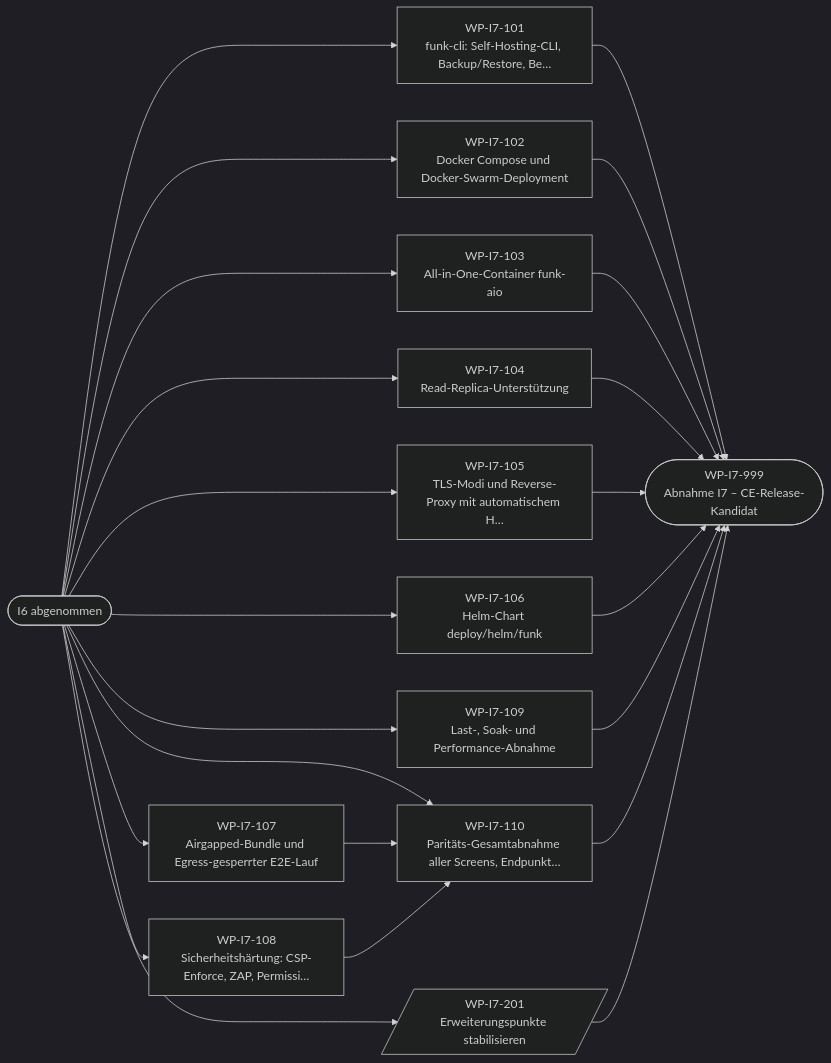
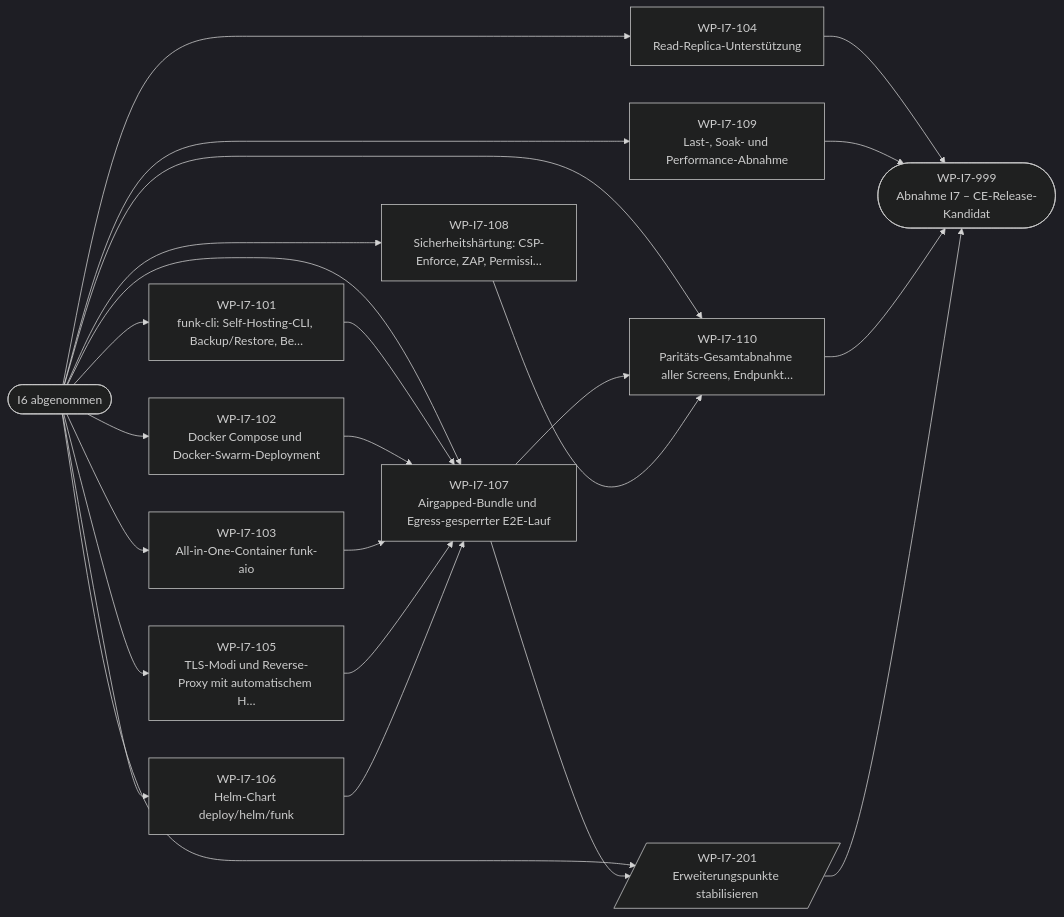
The tenth of 10 diagrams in migration/plan/01-roadmap-ce.md (mlwr/plane), drawn with Mermaid (dark theme) before and after one commit. The commit also changed other lines of this file and 11 other files, not shown here.

````diff
--- a/migration/plan/01-roadmap-ce.md
+++ b/migration/plan/01-roadmap-ce.md
@@ -746,38 +758,39 @@
 ```mermaid
 flowchart LR
   M6(["I6 abgenommen"])
   WP_I7_101["WP-I7-101<br/>funk-cli: Self-Hosting-CLI, Backup/Restore, Be…"]
   WP_I7_102["WP-I7-102<br/>Docker Compose und Docker-Swarm-Deployment"]
   WP_I7_103["WP-I7-103<br/>All-in-One-Container funk-aio"]
   WP_I7_104["WP-I7-104<br/>Read-Replica-Unterstützung"]
   WP_I7_105["WP-I7-105<br/>TLS-Modi und Reverse-Proxy mit automatischem H…"]
   WP_I7_106["WP-I7-106<br/>Helm-Chart deploy/helm/funk"]
   WP_I7_107["WP-I7-107<br/>Airgapped-Bundle und Egress-gesperrter E2E-Lauf"]
   WP_I7_108["WP-I7-108<br/>Sicherheitshärtung: CSP-Enforce, ZAP, Permissi…"]
   WP_I7_109["WP-I7-109<br/>Last-, Soak- und Performance-Abnahme"]
   WP_I7_110["WP-I7-110<br/>Paritäts-Gesamtabnahme aller Screens, Endpunkt…"]
   WP_I7_201[/"WP-I7-201<br/>Erweiterungspunkte stabilisieren"/]
   WP_I7_999(["WP-I7-999<br/>Abnahme I7 – CE-Release-Kandidat"])
   M6 --> WP_I7_101
   M6 --> WP_I7_102
   M6 --> WP_I7_103
   M6 --> WP_I7_104
   M6 --> WP_I7_105
   M6 --> WP_I7_106
   M6 --> WP_I7_107
+  WP_I7_101 --> WP_I7_107
+  WP_I7_102 --> WP_I7_107
+  WP_I7_103 --> WP_I7_107
+  WP_I7_105 --> WP_I7_107
+  WP_I7_106 --> WP_I7_107
   M6 --> WP_I7_108
   M6 --> WP_I7_109
   M6 --> WP_I7_110
   WP_I7_107 --> WP_I7_110
   WP_I7_108 --> WP_I7_110
   M6 --> WP_I7_201
-  WP_I7_101 --> WP_I7_999
-  WP_I7_102 --> WP_I7_999
-  WP_I7_103 --> WP_I7_999
+  WP_I7_107 --> WP_I7_201
   WP_I7_104 --> WP_I7_999
-  WP_I7_105 --> WP_I7_999
-  WP_I7_106 --> WP_I7_999
   WP_I7_109 --> WP_I7_999
   WP_I7_110 --> WP_I7_999
   WP_I7_201 --> WP_I7_999
 ```
````
